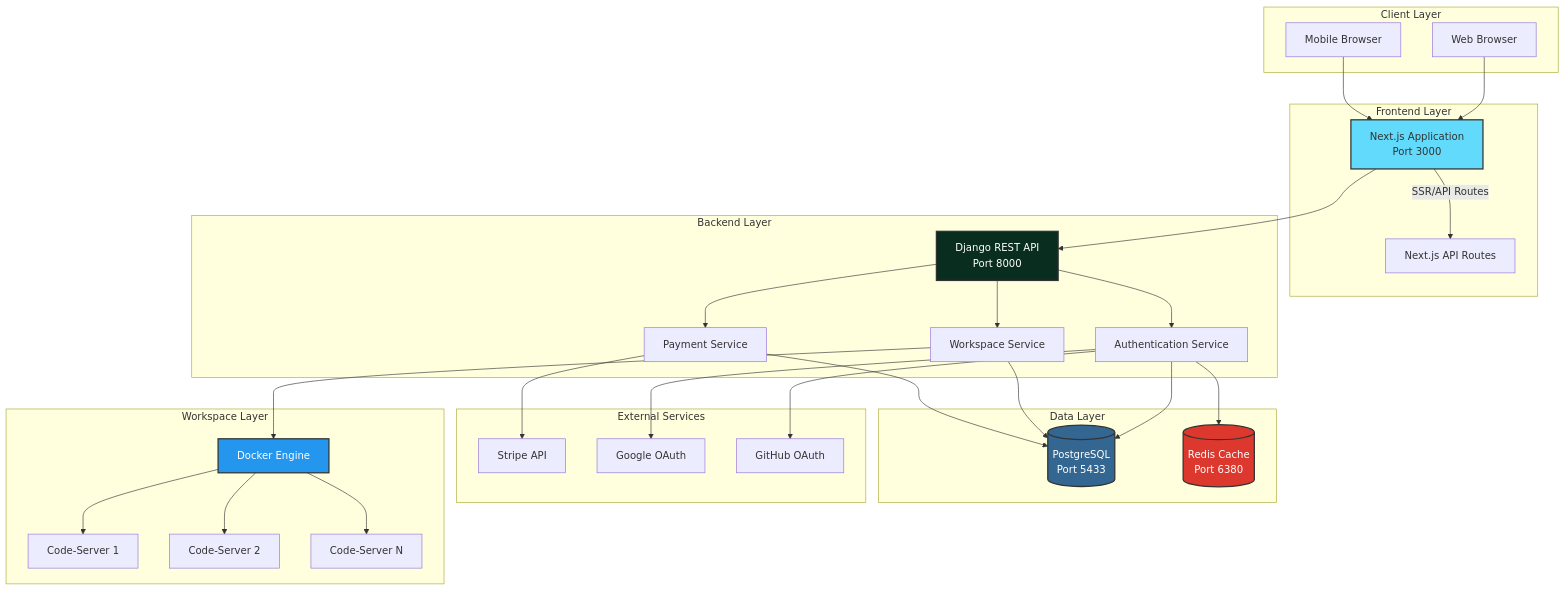
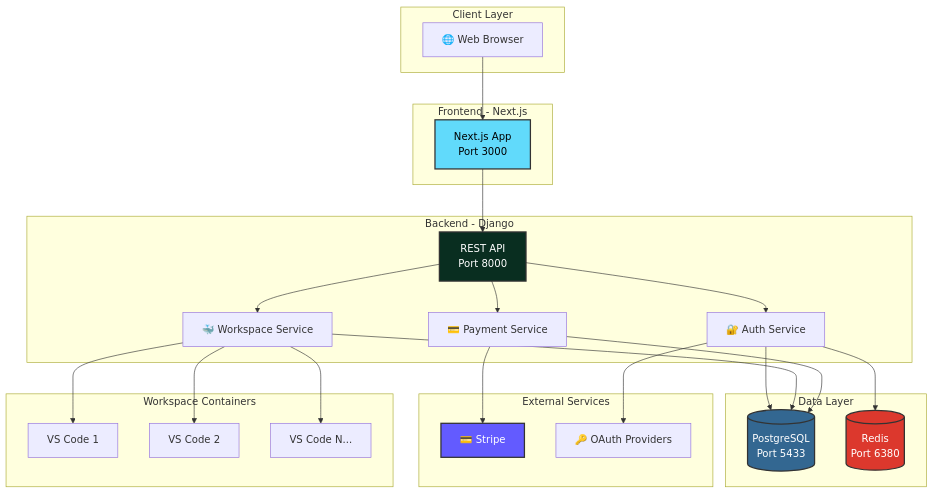
Before and after one commit to professor2004h/ApraNova-FT: the diagram in docs/index.md, drawn with Mermaid. The commit also changed other lines of this file, not shown here.

````diff
--- a/docs/index.md
+++ b/docs/index.md
@@ -85,61 +155,55 @@
 ```mermaid
 graph TB
     subgraph "Client Layer"
-        Browser[Web Browser]
-        Mobile[Mobile Browser]
+        Browser[🌐 Web Browser]
     end
 
-    subgraph "Frontend Layer"
-        NextJS[Next.js Application<br/>Port 3000]
-        NextJS --> |SSR/API Routes| NextAPI[Next.js API Routes]
+    subgraph "Frontend - Next.js"
+        NextJS[Next.js App<br/>Port 3000]
     end
 
-    subgraph "Backend Layer"
-        Django[Django REST API<br/>Port 8000]
-        Django --> Auth[Authentication Service]
-        Django --> Workspace[Workspace Service]
-        Django --> Payment[Payment Service]
+    subgraph "Backend - Django"
+        API[REST API<br/>Port 8000]
+        Auth[🔐 Auth Service]
+        Workspace[🐳 Workspace Service]
+        Payment[💳 Payment Service]
     end
 
     subgraph "Data Layer"
-        PostgreSQL[(PostgreSQL<br/>Port 5433)]
-        Redis[(Redis Cache<br/>Port 6380)]
+        DB[(PostgreSQL<br/>Port 5433)]
+        Cache[(Redis<br/>Port 6380)]
     end
 
     subgraph "External Services"
-        Stripe[Stripe API]
-        Google[Google OAuth]
-        GitHub[GitHub OAuth]
+        Stripe[💳 Stripe]
+        OAuth[🔑 OAuth Providers]
     end
 
-    subgraph "Workspace Layer"
-        Docker[Docker Engine]
-        CodeServer1[Code-Server 1]
-        CodeServer2[Code-Server 2]
-        CodeServerN[Code-Server N]
+    subgraph "Workspace Containers"
+        VS1[VS Code 1]
+        VS2[VS Code 2]
+        VSN[VS Code N...]
     end
 
     Browser --> NextJS
-    Mobile --> NextJS
-    NextJS --> Django
+    NextJS --> API
+    API --> Auth
+    API --> Workspace
+    API --> Payment
     
-    Auth --> PostgreSQL
-    Auth --> Redis
-    Workspace --> Docker
+    Auth --> DB
+    Auth --> Cache
+    Auth --> OAuth
+    Workspace --> DB
+    Workspace --> VS1
+    Workspace --> VS2
+    Workspace --> VSN
     Payment --> Stripe
-    Auth --> Google
-    Auth --> GitHub
-    
-    Docker --> CodeServer1
-    Docker --> CodeServer2
-    Docker --> CodeServerN
-    
-    Workspace --> PostgreSQL
-    Payment --> PostgreSQL
+    Payment --> DB
 
-    style NextJS fill:#61dafb,stroke:#333,stroke-width:2px
-    style Django fill:#092e20,stroke:#333,stroke-width:2px,color:#fff
-    style PostgreSQL fill:#336791,stroke:#333,stroke-width:2px,color:#fff
-    style Redis fill:#dc382d,stroke:#333,stroke-width:2px,color:#fff
-    style Docker fill:#2496ed,stroke:#333,stroke-width:2px,color:#fff
+    style NextJS fill:#61dafb,stroke:#333,stroke-width:2px,color:#000
+    style API fill:#092e20,stroke:#333,stroke-width:2px,color:#fff
+    style DB fill:#336791,stroke:#333,stroke-width:2px,color:#fff
+    style Cache fill:#dc382d,stroke:#333,stroke-width:2px,color:#fff
+    style Stripe fill:#635bff,stroke:#333,stroke-width:2px,color:#fff
 ```
````
